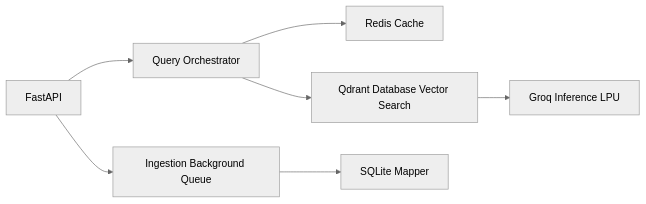
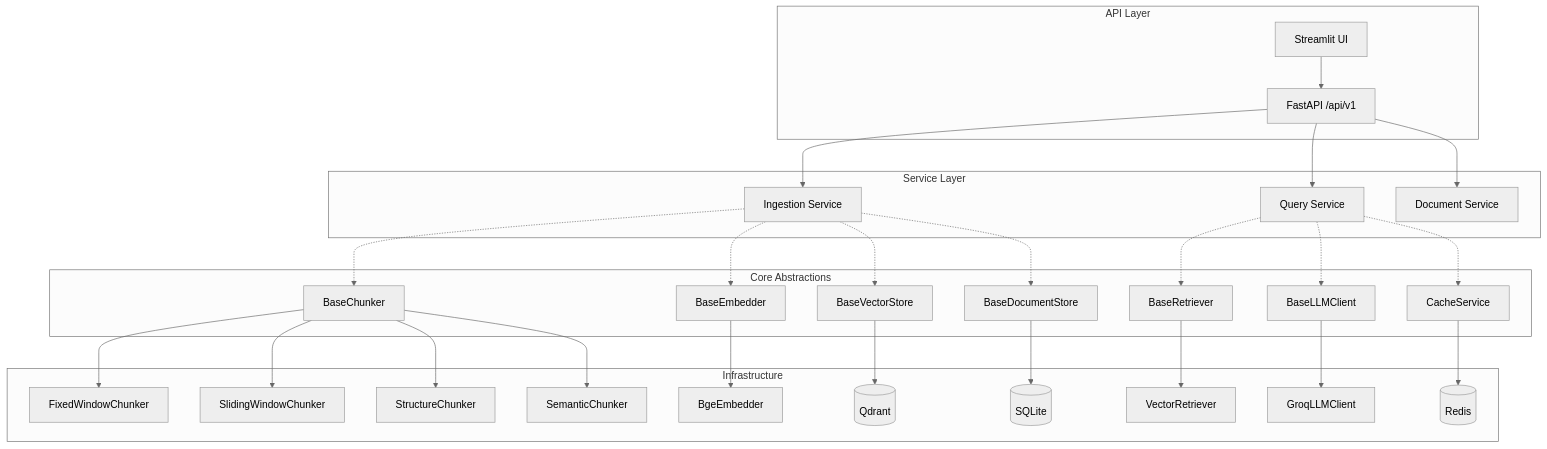
The diagram in README.md (ManvendraPratapRao/DeepVault), drawn with Mermaid (neutral theme) before and after one commit. The commit also changed other lines of this file and 56 other files, not shown here.

````diff
--- a/README.md
+++ b/README.md
@@ -18,6 +32,35 @@
 ```mermaid
-graph LR;
-    API[FastAPI] --> QS[Query Orchestrator] --> CS[Redis Cache]
-    QS --> VD[Qdrant Database Vector Search] --> LLM[Groq Inference LPU]
-    API --> IS[Ingestion Background Queue] --> DS[SQLite Mapper]
+graph TD
+    subgraph API Layer
+        FE[Streamlit UI] --> API[FastAPI /api/v1]
+    end
+
+    subgraph Service Layer
+        API --> IS[Ingestion Service]
+        API --> QS[Query Service]
+        API --> DS[Document Service]
+    end
+
+    subgraph Core Abstractions
+        IS -.-> CH[BaseChunker]
+        IS -.-> EM[BaseEmbedder]
+        IS -.-> VS[BaseVectorStore]
+        IS -.-> MS[BaseDocumentStore]
+        QS -.-> RT[BaseRetriever]
+        QS -.-> LLM[BaseLLMClient]
+        QS -.-> CS[CacheService]
+    end
+
+    subgraph Infrastructure
+        CH --> C1[FixedWindowChunker]
+        CH --> C2[SlidingWindowChunker]
+        CH --> C3[StructureChunker]
+        CH --> C4[SemanticChunker]
+        RT --> VR[VectorRetriever]
+        LLM --> GR[GroqLLMClient]
+        EM --> BGE[BgeEmbedder]
+        VS --> QD[(Qdrant)]
+        MS --> SQL[(SQLite)]
+        CS --> RD[(Redis)]
+    end
 ```
````
